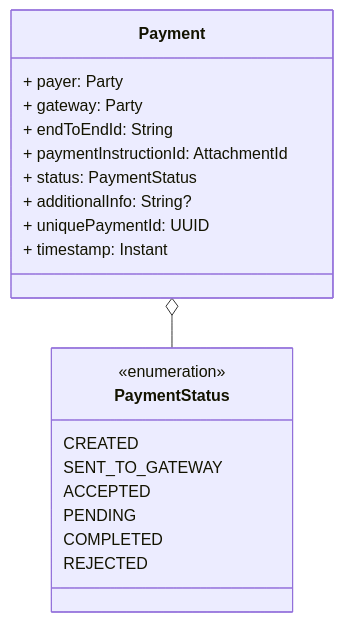
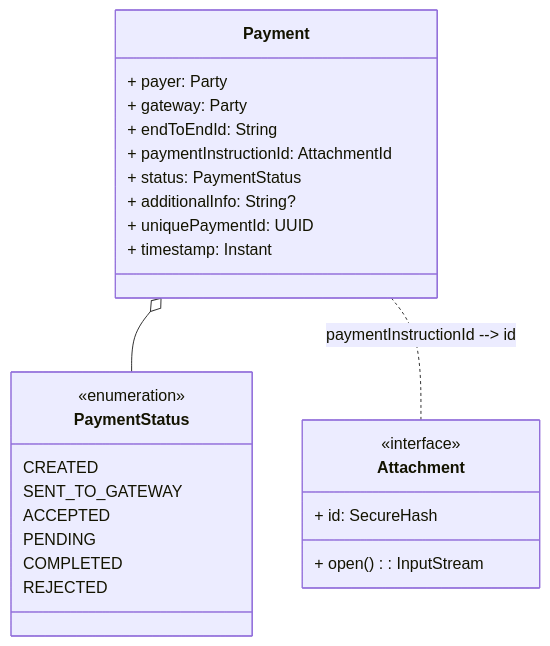
The second of 2 diagrams in content/4.examples/query-payment-states.md (gevamu/gevamu.github.io), drawn with Mermaid before and after one commit. The commit also changed other lines of this file, not shown here.

````diff
--- a/content/4.examples/query-payment-states.md
+++ b/content/4.examples/query-payment-states.md
@@ -22,25 +26,32 @@
 ```mermaid
 classDiagram
   class Payment {
     + payer: Party
     + gateway: Party
     + endToEndId: String
     + paymentInstructionId: AttachmentId
     + status: PaymentStatus
     + additionalInfo: String?
     + uniquePaymentId: UUID
     + timestamp: Instant
   }
 
   class PaymentStatus{
     <<enumeration>>
     CREATED
     SENT_TO_GATEWAY
     ACCEPTED
     PENDING
     COMPLETED
     REJECTED
   }
 
+  class Attachment {
+    <<interface>>
+    + id: SecureHash
+    + open(): InputStream
+  }
+
   Payment o-- PaymentStatus
+  Payment .. Attachment: paymentInstructionId --> id
 ```
````
